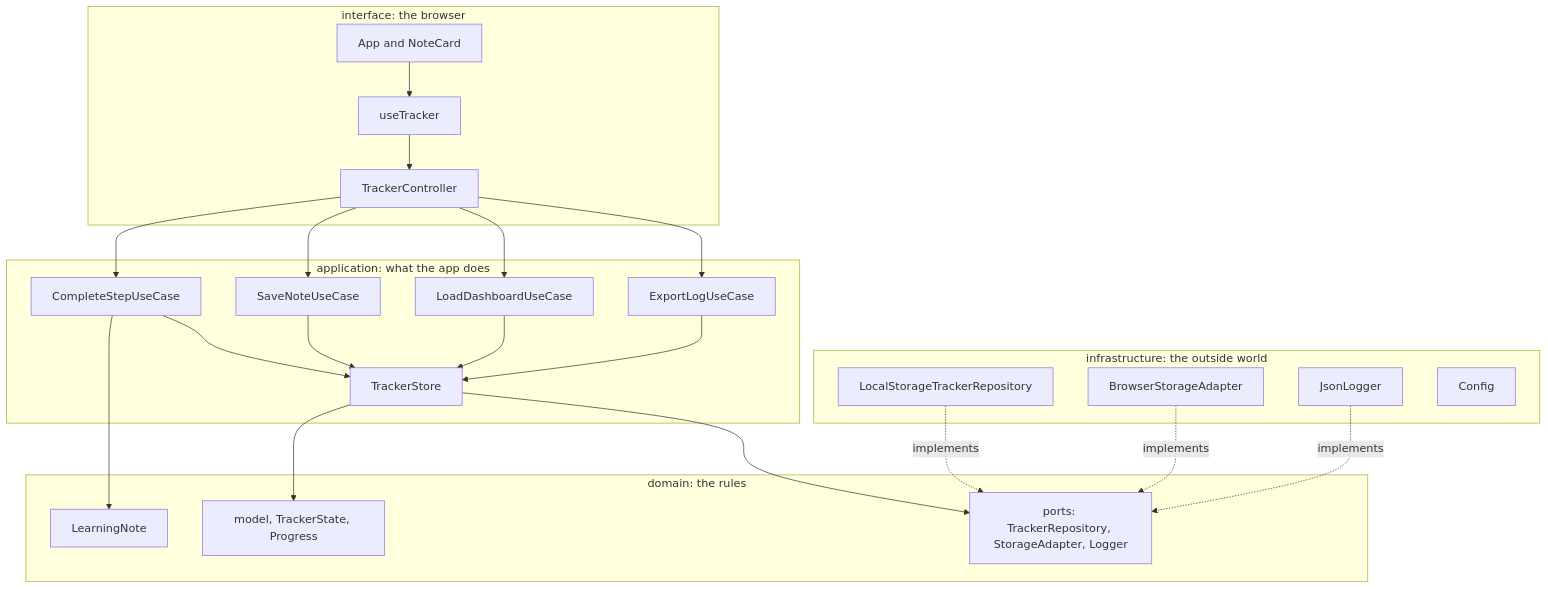
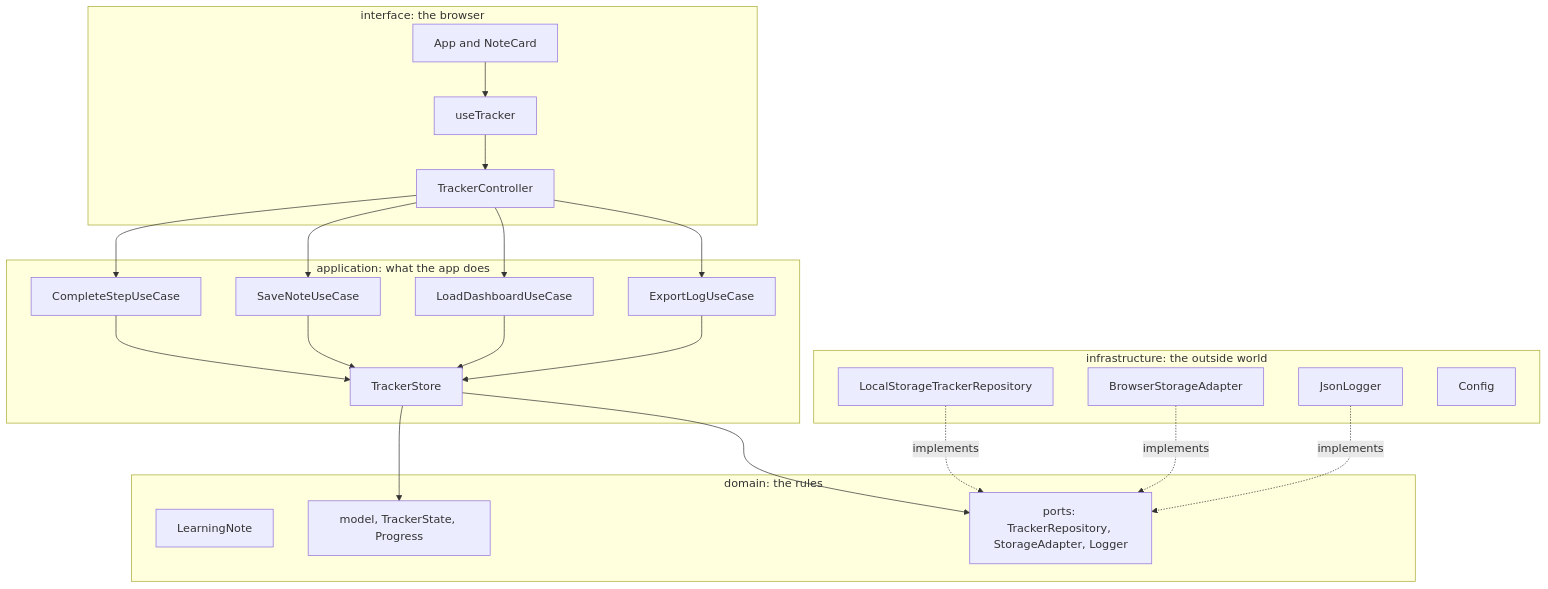
Before and after one commit to lakshay-testsigma/notes_management: the first of 3 diagrams in projects/frontend-engineering/learning-system-and-workstation/how-to-learn-frontend/capstone/ARCHITECTURE.md, drawn with Mermaid. The commit also changed other lines of this file and 5 other files, not shown here.

````diff
--- a/projects/frontend-engineering/learning-system-and-workstation/how-to-learn-frontend/capstone/ARCHITECTURE.md
+++ b/projects/frontend-engineering/learning-system-and-workstation/how-to-learn-frontend/capstone/ARCHITECTURE.md
@@ -18,42 +18,41 @@
 ```mermaid
 flowchart TB
   subgraph interface["interface: the browser"]
     APP["App and NoteCard"]
     HOOK["useTracker"]
     CTRL["TrackerController"]
   end
   subgraph application["application: what the app does"]
     UC1["CompleteStepUseCase"]
     UC2["SaveNoteUseCase"]
     UC3["LoadDashboardUseCase"]
     UC4["ExportLogUseCase"]
     STORE["TrackerStore"]
   end
   subgraph domain["domain: the rules"]
     NOTE["LearningNote"]
     MODEL["model, TrackerState, Progress"]
     PORTS["ports: TrackerRepository, StorageAdapter, Logger"]
   end
   subgraph infrastructure["infrastructure: the outside world"]
     REPO["LocalStorageTrackerRepository"]
     STORAGE["BrowserStorageAdapter"]
     LOG["JsonLogger"]
     CONF["Config"]
   end
   APP --> HOOK
   HOOK --> CTRL
   CTRL --> UC1
   CTRL --> UC2
   CTRL --> UC3
   CTRL --> UC4
   UC1 --> STORE
   UC2 --> STORE
   UC3 --> STORE
   UC4 --> STORE
   STORE --> MODEL
   STORE --> PORTS
-  UC1 --> NOTE
   REPO -. implements .-> PORTS
   STORAGE -. implements .-> PORTS
   LOG -. implements .-> PORTS
 ```
````
